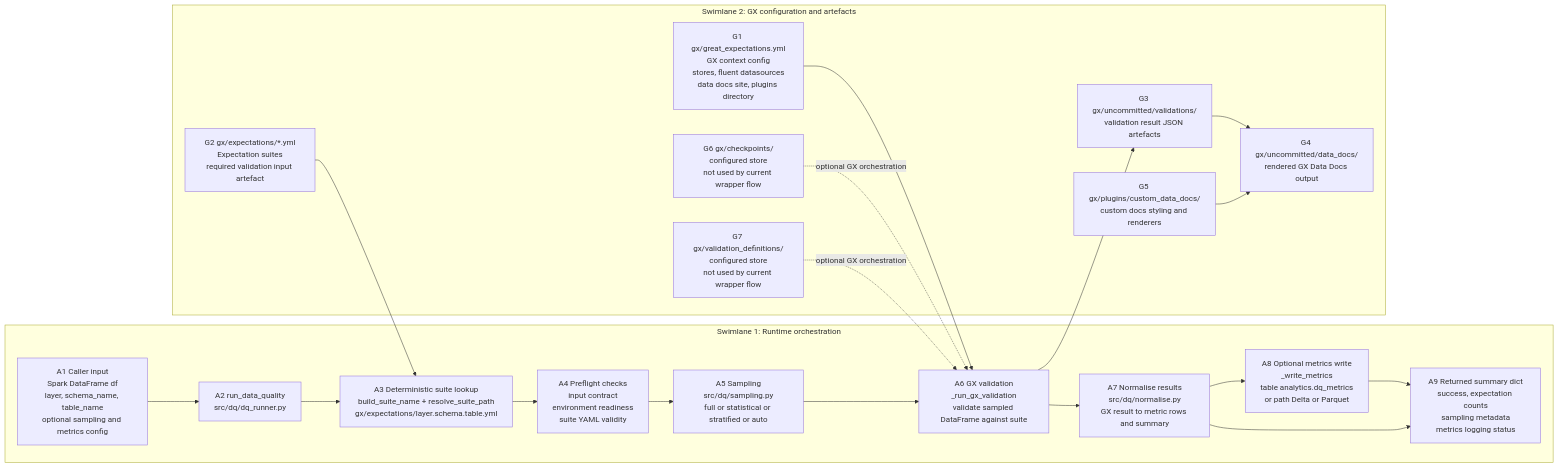
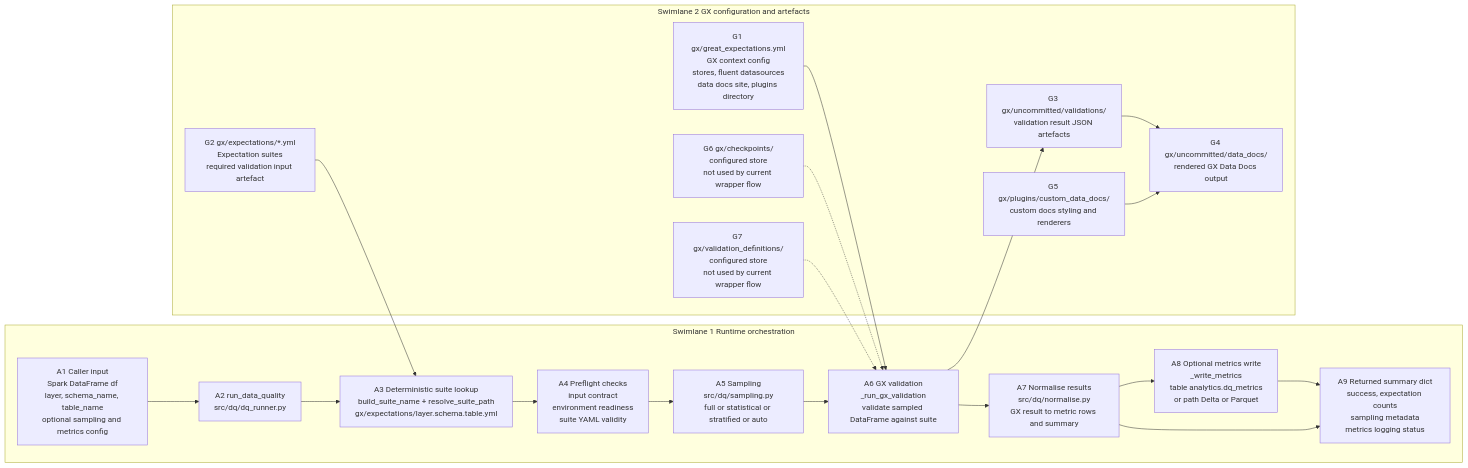
One commit to anjurad/gx changed the diagram in README.md. Above: the diagram before and after it, drawn with Mermaid. The commit also changed other lines of this file and 1 other file, not shown here.

Commit message:
fix: Improve process flow diagrams for clarity
- ✅ Removed unnecessary colons in swimlane titles for consistency
- ✅ Updated dashed connectors to improve readability
- ✅ Added notes on configured GX structures not executed by the current wrapper flow

````diff
--- a/README.md
+++ b/README.md
@@ -47,35 +47,35 @@
 ```mermaid
 flowchart LR
-    subgraph Runtime[Swimlane 1: Runtime orchestration]
+    subgraph Runtime[Swimlane 1 Runtime orchestration]
         A[A1 Caller input\nSpark DataFrame df\nlayer, schema_name, table_name\noptional sampling and metrics config]
         B[A2 run_data_quality\nsrc/dq/dq_runner.py]
         C[A3 Deterministic suite lookup\nbuild_suite_name + resolve_suite_path\ngx/expectations/layer.schema.table.yml]
         D[A4 Preflight checks\ninput contract\nenvironment readiness\nsuite YAML validity]
         E[A5 Sampling\nsrc/dq/sampling.py\nfull or statistical or stratified or auto]
         F[A6 GX validation\n_run_gx_validation\nvalidate sampled DataFrame against suite]
         G[A7 Normalise results\nsrc/dq/normalise.py\nGX result to metric rows and summary]
         H[A8 Optional metrics write\n_write_metrics\ntable analytics.dq_metrics\nor path Delta or Parquet]
         I[A9 Returned summary dict\nsuccess, expectation counts\nsampling metadata\nmetrics logging status]
 
         A --> B --> C --> D --> E --> F --> G --> H --> I
         G --> I
     end
 
-    subgraph GX[Swimlane 2: GX configuration and artefacts]
+    subgraph GX[Swimlane 2 GX configuration and artefacts]
         J[G1 gx/great_expectations.yml\nGX context config\nstores, fluent datasources\ndata docs site, plugins directory]
         K[G2 gx/expectations/*.yml\nExpectation suites\nrequired validation input artefact]
         L[G3 gx/uncommitted/validations/\nvalidation result JSON artefacts]
         M[G4 gx/uncommitted/data_docs/\nrendered GX Data Docs output]
         N[G5 gx/plugins/custom_data_docs/\ncustom docs styling and renderers]
         O[G6 gx/checkpoints/\nconfigured store\nnot used by current wrapper flow]
         P[G7 gx/validation_definitions/\nconfigured store\nnot used by current wrapper flow]
     end
 
     J --> F
     K --> C
     F --> L
     L --> M
     N --> M
-    O -. optional GX orchestration .-> F
-    P -. optional GX orchestration .-> F
+    O -.-> F
+    P -.-> F
 ```
````
